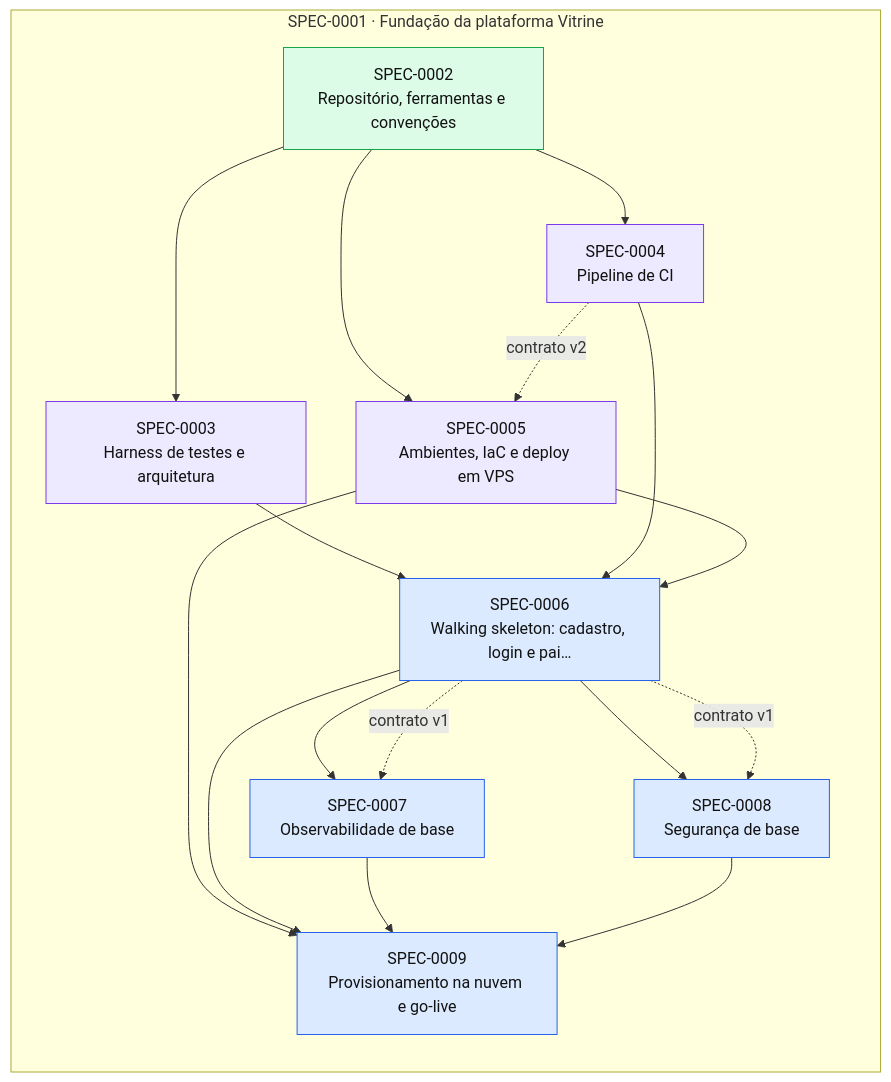
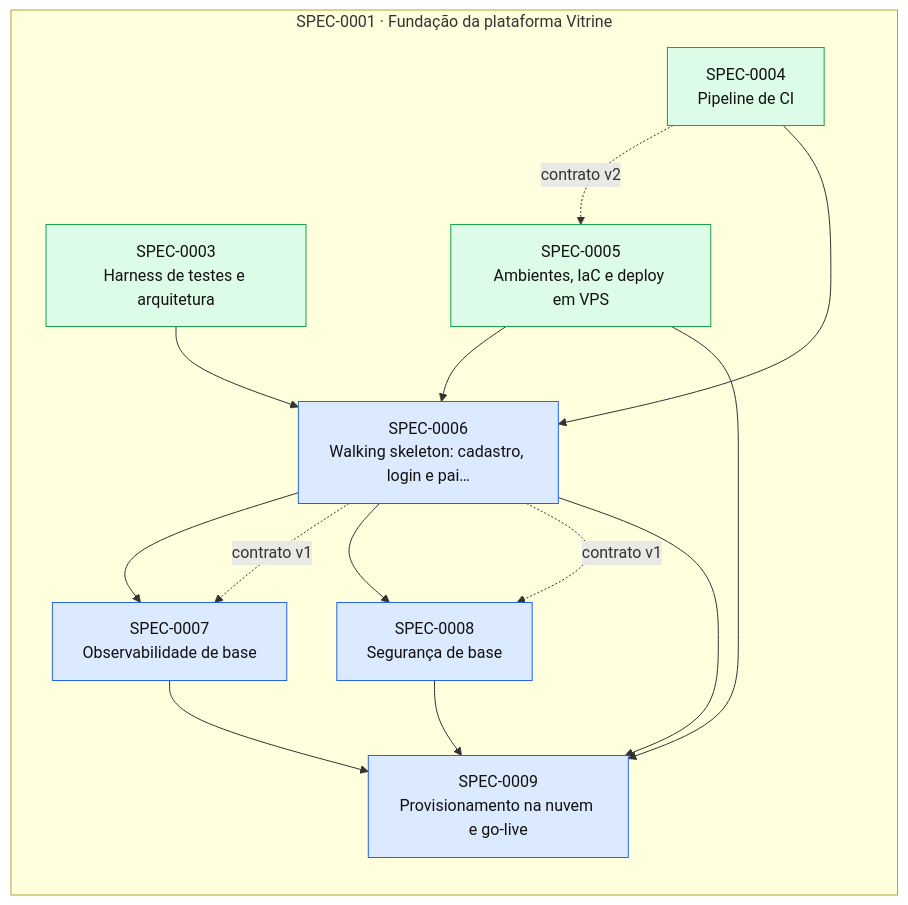
Before and after one commit to thomasravache/vitrine: the diagram in docs/specs/INDEX.md, drawn with Mermaid. The commit also changed other lines of this file and 3 other files, not shown here.

````diff
--- a/docs/specs/INDEX.md
+++ b/docs/specs/INDEX.md
@@ -62,33 +59,29 @@
 ```mermaid
 flowchart LR
   subgraph E0001["SPEC-0001 · Fundação da plataforma Vitrine"]
-    S0002["SPEC-0002<br/>Repositório, ferramentas e convenções"]:::implemented
-    S0003["SPEC-0003<br/>Harness de testes e arquitetura"]:::inprogress
-    S0004["SPEC-0004<br/>Pipeline de CI"]:::inprogress
-    S0005["SPEC-0005<br/>Ambientes, IaC e deploy em VPS"]:::inprogress
+    S0003["SPEC-0003<br/>Harness de testes e arquitetura"]:::implemented
+    S0004["SPEC-0004<br/>Pipeline de CI"]:::implemented
+    S0005["SPEC-0005<br/>Ambientes, IaC e deploy em VPS"]:::implemented
     S0006["SPEC-0006<br/>Walking skeleton: cadastro, login e pai…"]:::approved
     S0007["SPEC-0007<br/>Observabilidade de base"]:::approved
     S0008["SPEC-0008<br/>Segurança de base"]:::approved
     S0009["SPEC-0009<br/>Provisionamento na nuvem e go-live"]:::approved
   end
-  S0002 --> S0003
-  S0002 --> S0004
-  S0002 --> S0005
   S0004 -. contrato v2 .-> S0005
   S0003 --> S0006
   S0004 --> S0006
   S0005 --> S0006
   S0006 --> S0007
   S0006 -. contrato v1 .-> S0007
   S0006 --> S0008
   S0006 -. contrato v1 .-> S0008
   S0005 --> S0009
   S0006 --> S0009
   S0007 --> S0009
   S0008 --> S0009
   classDef proposed fill:#fef3c7,stroke:#d97706,color:#111
   classDef approved fill:#dbeafe,stroke:#2563eb,color:#111
   classDef inprogress fill:#ede9fe,stroke:#7c3aed,color:#111
   classDef implemented fill:#dcfce7,stroke:#16a34a,color:#111
   classDef deprecated fill:#f3f4f6,stroke:#9ca3af,color:#6b7280
 ```
````
